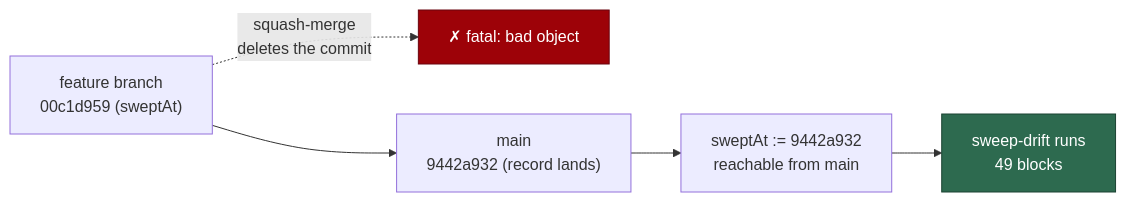
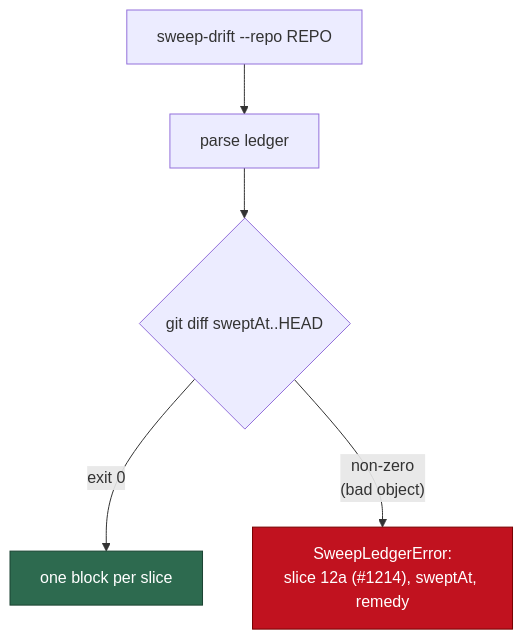
One commit to stSoftwareAU/VibeCoder changed the diagram in docs/archive/pr-summaries/pr-summary-2178.md. Above: the diagram before and after it, drawn with Mermaid. The commit also changed other lines of this file and 1 other file, not shown here.

First line of the commit message:
Harden the sweep-drift fixture, cover the runner's error path, and add the PR summary (Issue #2178)

````diff
--- a/docs/archive/pr-summaries/pr-summary-2178.md
+++ b/docs/archive/pr-summaries/pr-summary-2178.md
@@ -38,9 +43,9 @@
 ```mermaid
-flowchart LR
-    F["feature branch<br/>00c1d959 (sweptAt)"] -. "squash-merge<br/>deletes the commit" .-> X["✗ fatal: bad object"]
-    F --> M["main<br/>9442a932 (record lands)"]
-    M --> N["sweptAt := 9442a932<br/>reachable from main"]
-    N --> D["sweep-drift runs<br/>49 blocks"]
-    style X fill:#9d0208,stroke:#6a040f,color:#fff
+flowchart TD
+    A[sweep-drift --repo REPO] --> B[parse ledger]
+    B --> C{"git diff sweptAt..HEAD"}
+    C -- exit 0 --> D[one block per slice]
+    C -- "non-zero<br/>(bad object)" --> E["SweepLedgerError:<br/>slice 12a (#1214), sweptAt, remedy"]
+    style E fill:#c1121f,stroke:#780000,color:#fff
     style D fill:#2d6a4f,stroke:#1b4332,color:#fff
 ```
````
